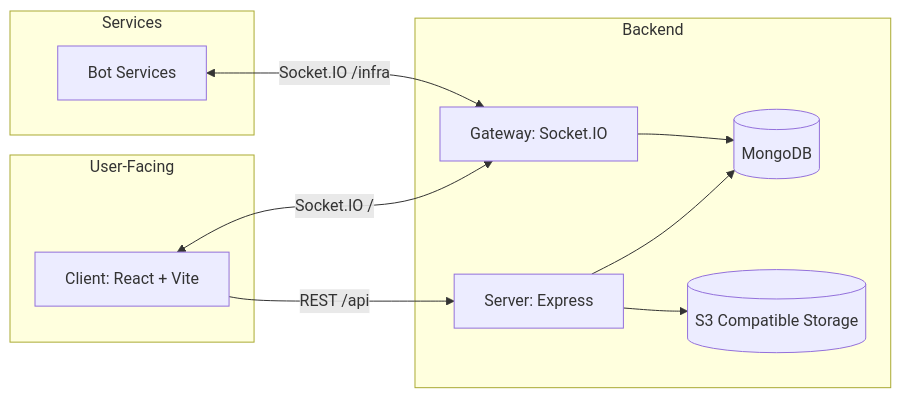
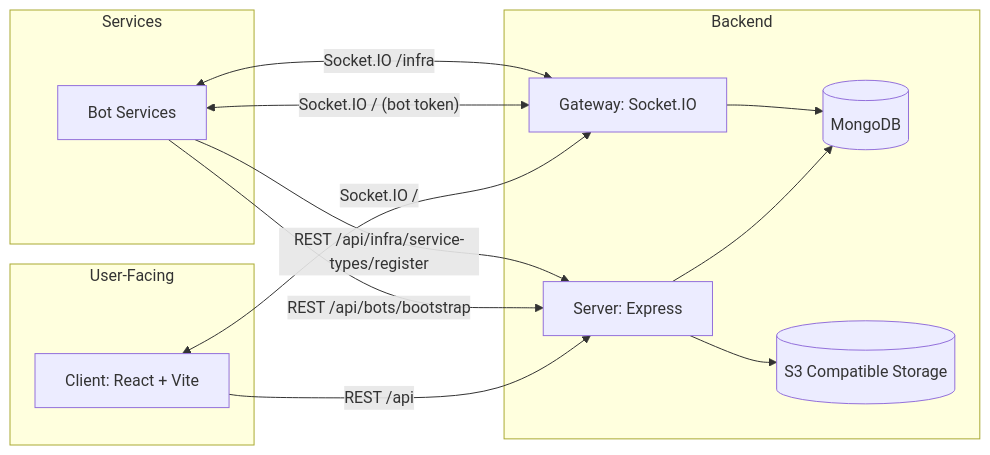
The first of 2 diagrams in website/docs/platform/platform-design.md (U1805/mew), drawn with Mermaid before and after one commit. The commit also changed other lines of this file and 21 other files, not shown here.

````diff
--- a/website/docs/platform/platform-design.md
+++ b/website/docs/platform/platform-design.md
@@ -29,22 +29,25 @@
 ```mermaid
 flowchart LR
   subgraph User-Facing
     FE["Client: React + Vite"]
   end
   subgraph Backend
     BE["Server: Express"]
     GW["Gateway: Socket.IO"]
     DB[(MongoDB)]
     S3[(S3 Compatible Storage)]
   end
   subgraph Services
     BS["Bot Services"]
   end
 
   FE -->|"REST /api"| BE
   FE <-->|"Socket.IO /"| GW
+  BS -->|"REST /api/bots/bootstrap"| BE
+  BS -->|"REST /api/infra/service-types/register"| BE
+  BS <-->|"Socket.IO / (bot token)"| GW
   BS <-->|"Socket.IO /infra"| GW
   BE --> DB
   BE --> S3
   GW --> DB
 ```
````
